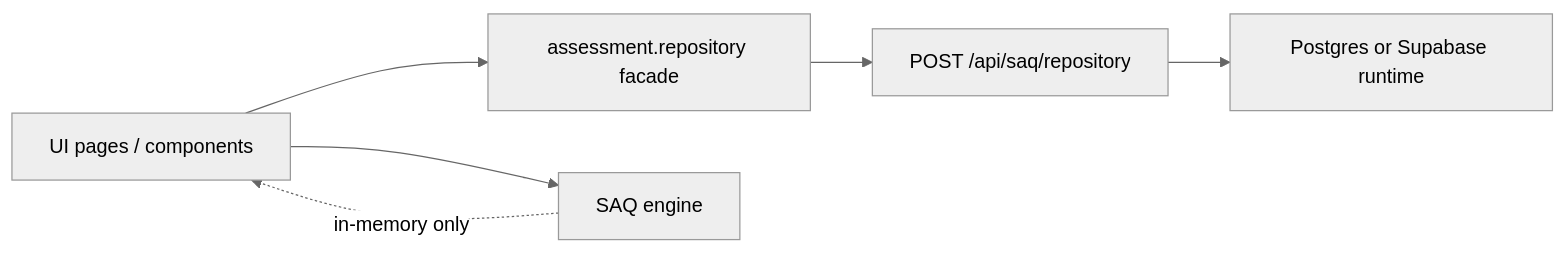
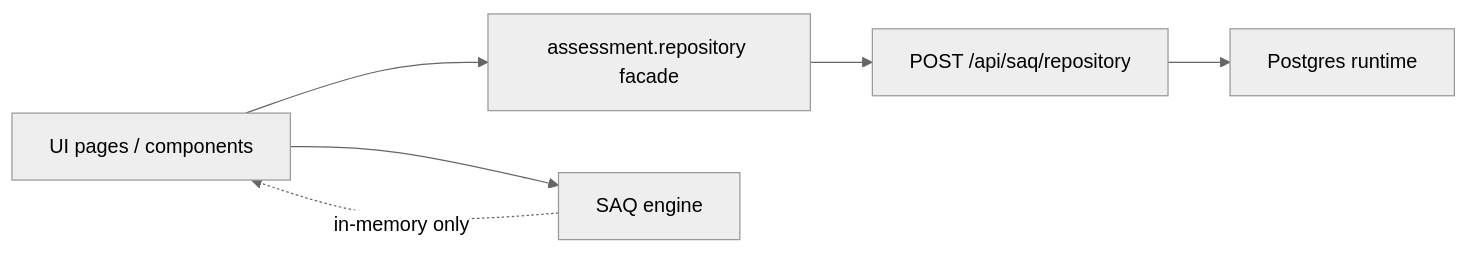
One commit to atahir2/GRISSA changed the diagram in README.md. Above: the diagram before and after it, drawn with Mermaid (neutral theme). The commit also changed other lines of this file, not shown here.

First line of the commit message:
Update database runtime and remove Supabase references

````diff
--- a/README.md
+++ b/README.md
@@ -84,11 +84,11 @@
 ```mermaid
 flowchart LR
   UI[UI pages / components]
   Facade[assessment.repository facade]
   API["POST /api/saq/repository"]
-  Runtime[Postgres or Supabase runtime]
+  Runtime[Postgres runtime]
   Engine[SAQ engine]
   UI --> Facade --> API --> Runtime
   UI --> Engine
   Engine -.->|in-memory only| UI
 ```
````
